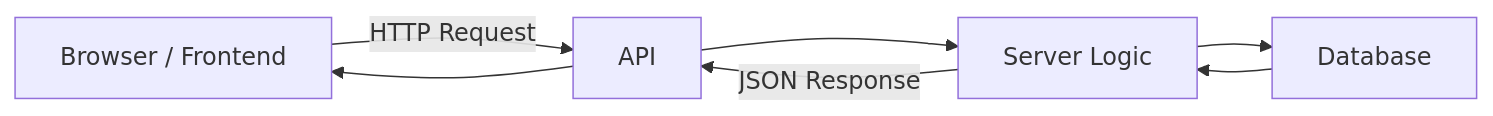
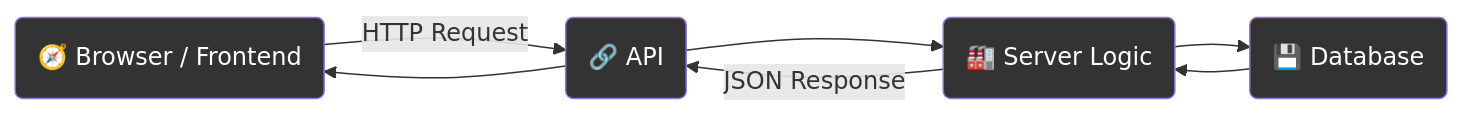
One commit to AlexJYad/F5-web-knowledge changed diagram 11 of 12 in content/articles/capitulo-1.md. Above: the diagram before and after it, drawn with Mermaid. The commit also changed other lines of this file, not shown here.

````diff
--- a/content/articles/capitulo-1.md
+++ b/content/articles/capitulo-1.md
@@ -360,14 +440,17 @@
 ```mermaid
 flowchart LR
-    A[Browser / Frontend]
-    B[API]
-    C[Server Logic]
-    D[Database]
+   A(🧭 Browser / Frontend)
+   B(🔗 API)
+   C(🏭 Server Logic)
+   D(💾 Database)
 
-    A -->|HTTP Request| B
-    B --> C
-    C --> D
-    D --> C
-    C -->|JSON Response| B
-    B --> A
+   A -->|HTTP Request| B
+   B --> C
+   C --> D
+   D --> C
+   C -->|JSON Response| B
+   B --> A
+
+   classDef styleNods color:#FFFFFF, fill:#333333
+   class A,B,C,D,E,F,G styleNods
 ```
````
